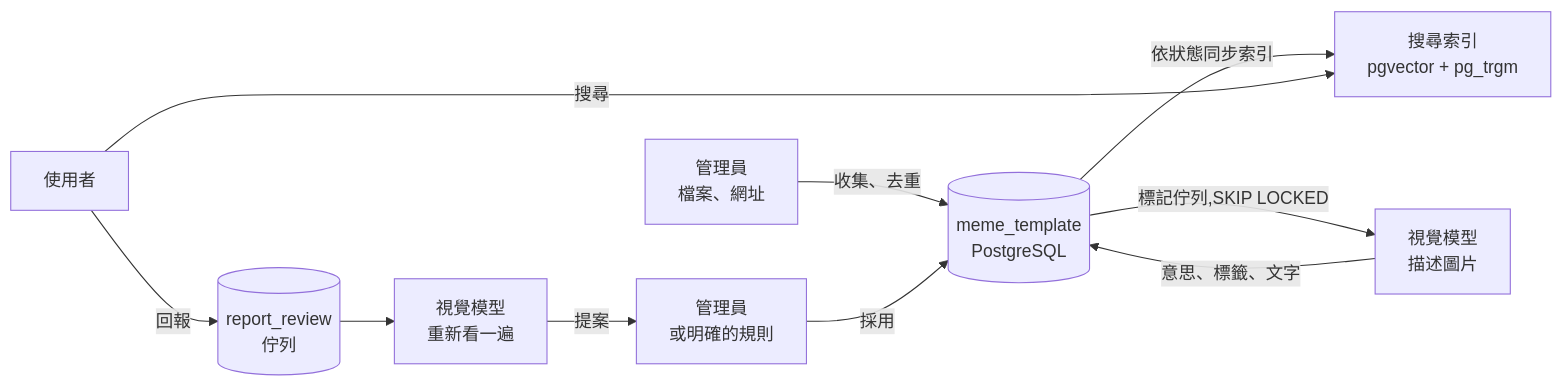
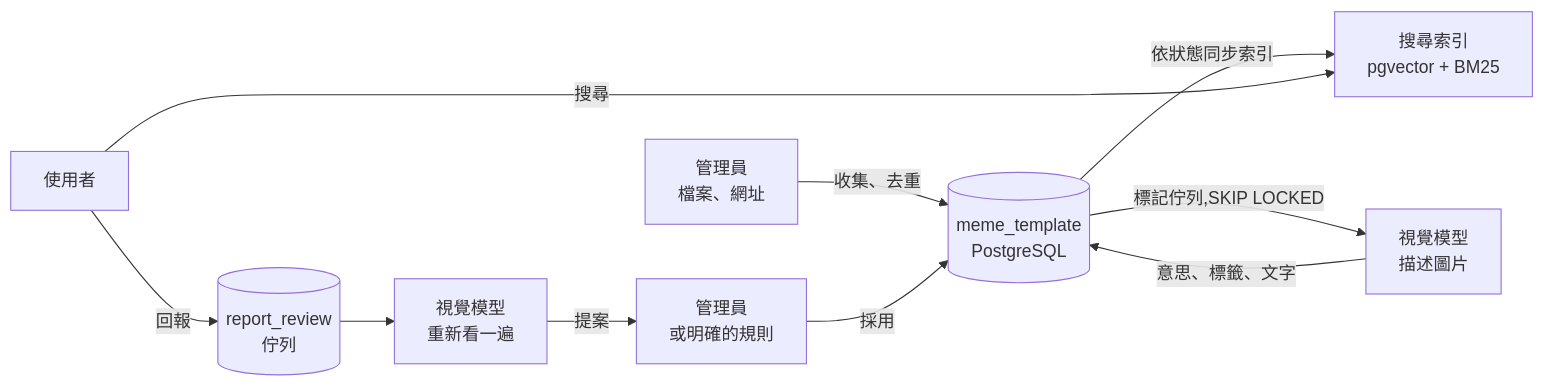
One commit to chun-wei0413/WTM changed the first of 2 diagrams in docs/technical.zh-TW.md. Above: the diagram before and after it, drawn with Mermaid. The commit also changed other lines of this file and 15 other files, not shown here.

First line of the commit message:
[Documentation] Add the search evaluation, and update the decision, README and architecture diagrams for BM25

````diff
--- a/docs/technical.zh-TW.md
+++ b/docs/technical.zh-TW.md
@@ -30,12 +30,12 @@
 ```mermaid
 flowchart LR
     A[管理員<br/>檔案、網址] -->|收集、去重| L[(meme_template<br/>PostgreSQL)]
     L -->|標記佇列,SKIP LOCKED| V[視覺模型<br/>描述圖片]
     V -->|意思、標籤、文字| L
-    L -->|依狀態同步索引| S[搜尋索引<br/>pgvector + pg_trgm]
+    L -->|依狀態同步索引| S[搜尋索引<br/>pgvector + BM25]
     U[使用者] -->|搜尋| S
     U -->|回報| R[(report_review<br/>佇列)]
     R --> V2[視覺模型<br/>重新看一遍]
     V2 -->|提案| AD[管理員<br/>或明確的規則]
     AD -->|採用| L
 ```
````
